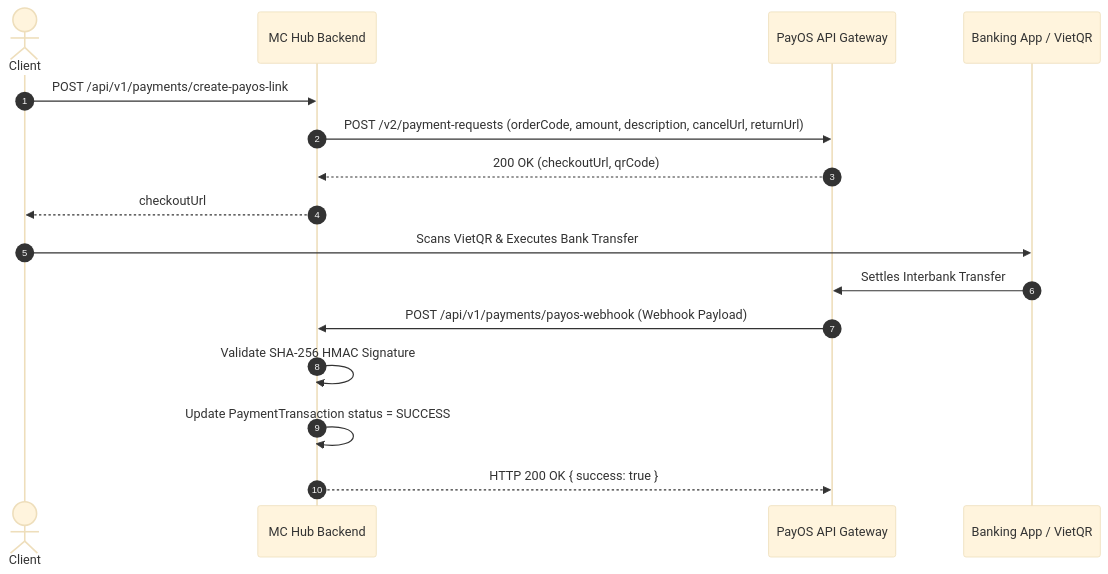
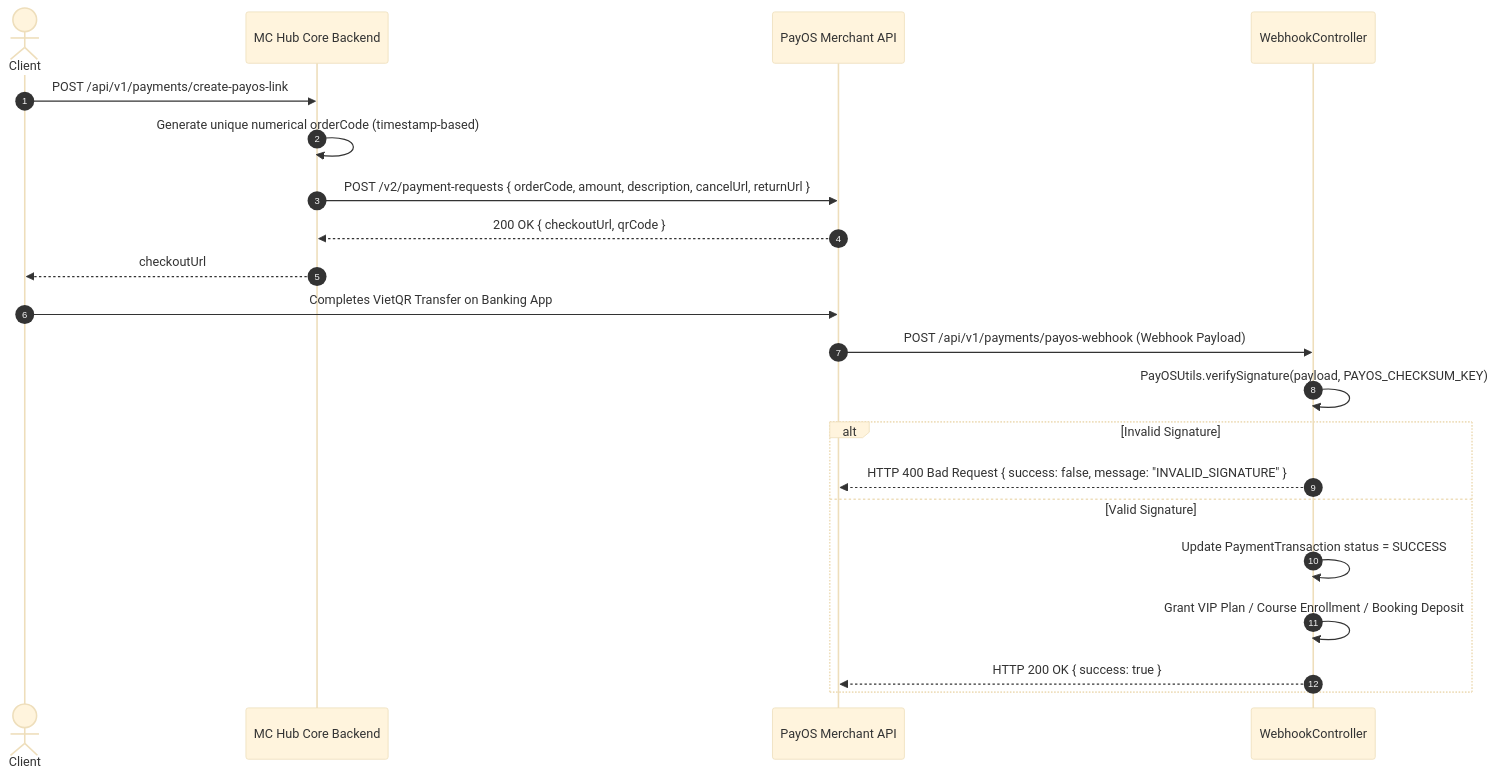
The diagram in docs/integrations/PAYOS_INTEGRATION.md (The-MC-Hub/MC_Voice_Training_Backend), drawn with Mermaid (base theme) before and after one commit. The commit also changed other lines of this file and 6 other files, not shown here.

Commit message:
docs: deeply expand technical architecture, deployment, data model, integrations, and websocket guides

````diff
--- a/docs/integrations/PAYOS_INTEGRATION.md
+++ b/docs/integrations/PAYOS_INTEGRATION.md
@@ -21,19 +10,24 @@
 ```mermaid
 sequenceDiagram
     autonumber
     actor Client
-    participant Backend as MC Hub Backend
-    participant PayOS as PayOS API Gateway
-    participant MobileApp as Banking App / VietQR
+    participant Backend as MC Hub Core Backend
+    participant PayOS as PayOS Merchant API
+    participant WebhookHandler as WebhookController
 
     Client->>Backend: POST /api/v1/payments/create-payos-link
-    Backend->>PayOS: POST /v2/payment-requests (orderCode, amount, description, cancelUrl, returnUrl)
-    PayOS-->>Backend: 200 OK (checkoutUrl, qrCode)
+    Backend->>Backend: Generate unique numerical orderCode (timestamp-based)
+    Backend->>PayOS: POST /v2/payment-requests { orderCode, amount, description, cancelUrl, returnUrl }
+    PayOS-->>Backend: 200 OK { checkoutUrl, qrCode }
     Backend-->>Client: checkoutUrl
-    Client->>MobileApp: Scans VietQR & Executes Bank Transfer
-    MobileApp->>PayOS: Settles Interbank Transfer
-    PayOS->>Backend: POST /api/v1/payments/payos-webhook (Webhook Payload)
-    Backend->>Backend: Validate SHA-256 HMAC Signature
-    Backend->>Backend: Update PaymentTransaction status = SUCCESS
-    Backend-->>PayOS: HTTP 200 OK { success: true }
+    Client->>PayOS: Completes VietQR Transfer on Banking App
+    PayOS->>WebhookHandler: POST /api/v1/payments/payos-webhook (Webhook Payload)
+    WebhookHandler->>WebhookHandler: PayOSUtils.verifySignature(payload, PAYOS_CHECKSUM_KEY)
+    alt Invalid Signature
+        WebhookHandler-->>PayOS: HTTP 400 Bad Request { success: false, message: "INVALID_SIGNATURE" }
+    else Valid Signature
+        WebhookHandler->>WebhookHandler: Update PaymentTransaction status = SUCCESS
+        WebhookHandler->>WebhookHandler: Grant VIP Plan / Course Enrollment / Booking Deposit
+        WebhookHandler-->>PayOS: HTTP 200 OK { success: true }
+    end
 ```
````
